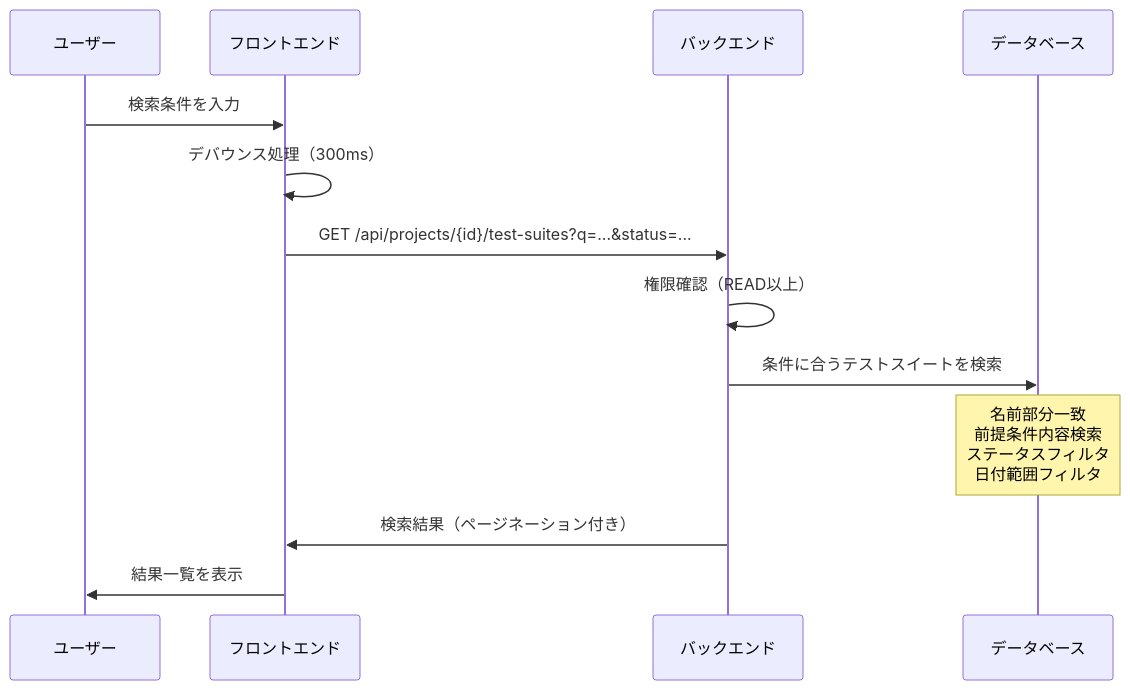
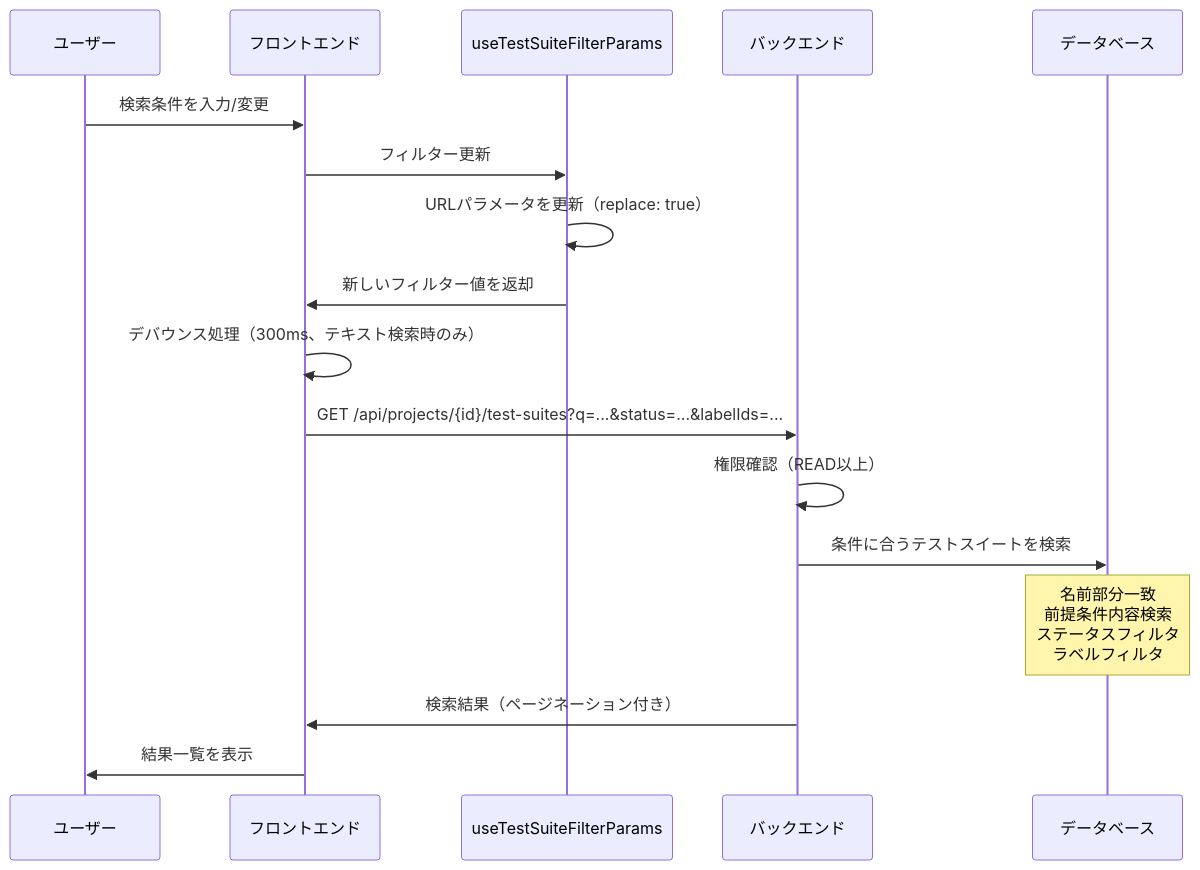
One commit to tsutsumi389/agentest changed the sixth of 7 diagrams in docs/architecture/features/test-suite-management.md. Above: the diagram before and after it, drawn with Mermaid. The commit also changed other lines of this file and 5 other files, not shown here.

````diff
--- a/docs/architecture/features/test-suite-management.md
+++ b/docs/architecture/features/test-suite-management.md
@@ -314,16 +326,20 @@
 ```mermaid
 sequenceDiagram
     participant U as ユーザー
     participant F as フロントエンド
+    participant H as useTestSuiteFilterParams
     participant B as バックエンド
     participant DB as データベース
 
-    U->>F: 検索条件を入力
-    F->>F: デバウンス処理（300ms）
-    F->>B: GET /api/projects/{id}/test-suites?q=...&status=...
+    U->>F: 検索条件を入力/変更
+    F->>H: フィルター更新
+    H->>H: URLパラメータを更新（replace: true）
+    H->>F: 新しいフィルター値を返却
+    F->>F: デバウンス処理（300ms、テキスト検索時のみ）
+    F->>B: GET /api/projects/{id}/test-suites?q=...&status=...&labelIds=...
     B->>B: 権限確認（READ以上）
     B->>DB: 条件に合うテストスイートを検索
-    Note over DB: 名前部分一致<br/>前提条件内容検索<br/>ステータスフィルタ<br/>日付範囲フィルタ
+    Note over DB: 名前部分一致<br/>前提条件内容検索<br/>ステータスフィルタ<br/>ラベルフィルタ
     B->>F: 検索結果（ページネーション付き）
     F->>U: 結果一覧を表示
 ```
````
